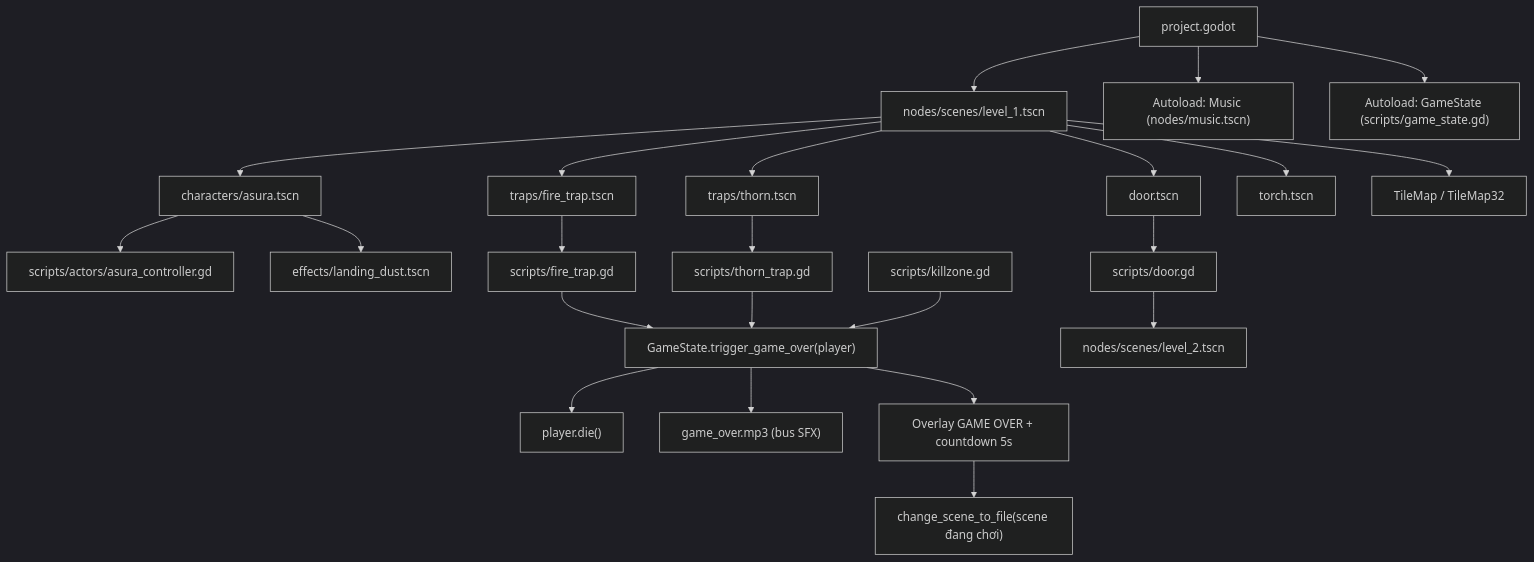
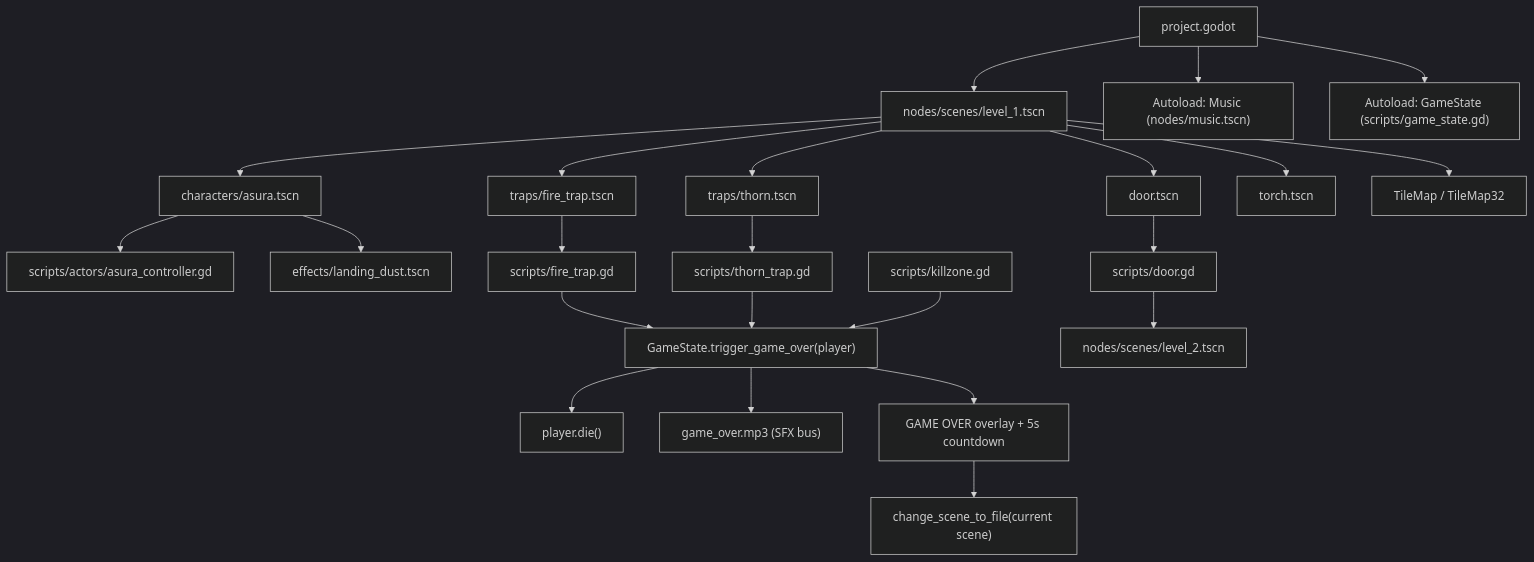
One commit to vietanhyoyo/dungeon_traps changed the diagram in docs/ARCHITECTURE.md. Above: the diagram before and after it, drawn with Mermaid (dark theme). The commit also changed other lines of this file and 1 other file, not shown here.

````diff
--- a/docs/ARCHITECTURE.md
+++ b/docs/ARCHITECTURE.md
@@ -19,30 +17,30 @@
 ```mermaid
 flowchart TD
   Project["project.godot"] --> Main["nodes/scenes/level_1.tscn"]
   Project --> Music["Autoload: Music (nodes/music.tscn)"]
   Project --> GameState["Autoload: GameState (scripts/game_state.gd)"]
 
   Main --> Asura["characters/asura.tscn"]
   Main --> Door["door.tscn"]
   Main --> Fire["traps/fire_trap.tscn"]
   Main --> Thorn["traps/thorn.tscn"]
   Main --> Torch["torch.tscn"]
   Main --> TileMap["TileMap / TileMap32"]
 
   Asura --> AsuraController["scripts/actors/asura_controller.gd"]
   Asura --> Dust["effects/landing_dust.tscn"]
   Fire --> FireScript["scripts/fire_trap.gd"]
   Thorn --> ThornScript["scripts/thorn_trap.gd"]
   Door --> DoorScript["scripts/door.gd"]
 
   FireScript --> GameOver["GameState.trigger_game_over(player)"]
   ThornScript --> GameOver
   KillzoneScript["scripts/killzone.gd"] --> GameOver
 
   GameOver --> Die["player.die()"]
-  GameOver --> Sound["game_over.mp3 (bus SFX)"]
-  GameOver --> Overlay["Overlay GAME OVER + countdown 5s"]
-  Overlay --> Reload["change_scene_to_file(scene đang chơi)"]
+  GameOver --> Sound["game_over.mp3 (SFX bus)"]
+  GameOver --> Overlay["GAME OVER overlay + 5s countdown"]
+  Overlay --> Reload["change_scene_to_file(current scene)"]
 
   DoorScript --> Level2["nodes/scenes/level_2.tscn"]
 ```
````
